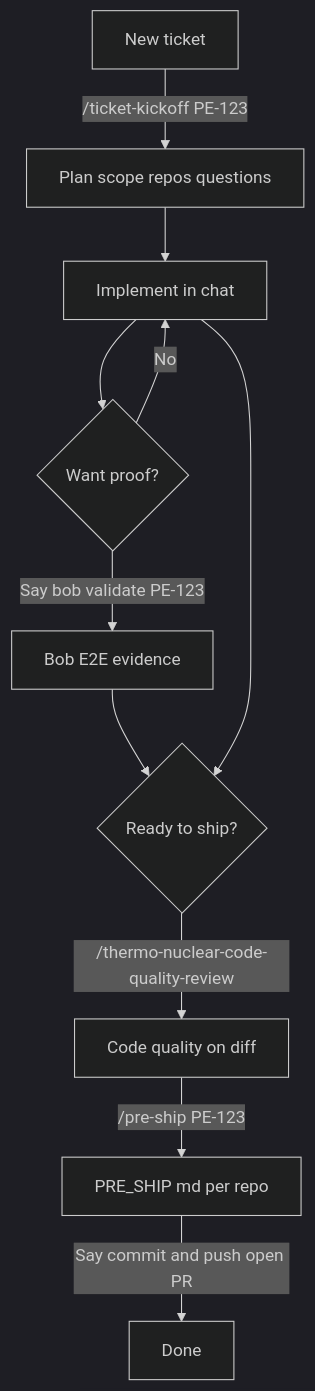
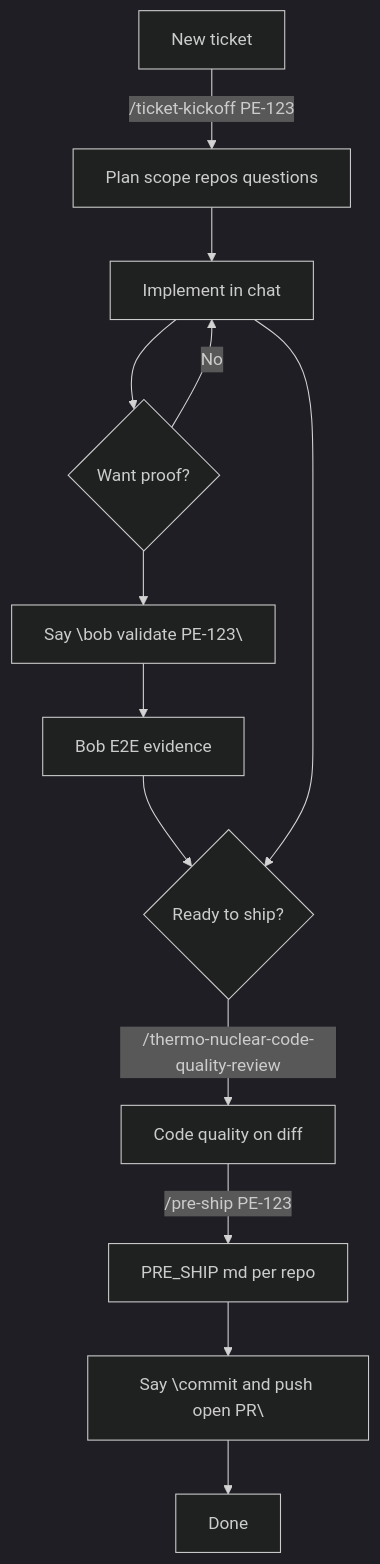
One commit to trusttAshutosh/cursor-markdowns changed the first of 2 diagrams in WORKFLOW.md. Above: the diagram before and after it, drawn with Mermaid (dark theme). The commit also changed other lines of this file and 1 other file, not shown here.

Commit message:
docs: show quoted Say phrases in WORKFLOW mermaid nodes

````diff
--- a/WORKFLOW.md
+++ b/WORKFLOW.md
@@ -7,13 +7,15 @@
 ```mermaid
 flowchart TD
   A[New ticket] -->|/ticket-kickoff PE-123| B[Plan scope repos questions]
   B --> C[Implement in chat]
   C --> D{Want proof?}
   D -->|No| C
-  D -->|Say bob validate PE-123| E[Bob E2E evidence]
+  D --> S1["Say \"bob validate PE-123\""]
+  S1 --> E[Bob E2E evidence]
   E --> F{Ready to ship?}
   C --> F
   F -->|/thermo-nuclear-code-quality-review| G[Code quality on diff]
   G -->|/pre-ship PE-123| H[PRE_SHIP md per repo]
-  H -->|Say commit and push open PR| I[Done]
+  H --> S2["Say \"commit and push open PR\""]
+  S2 --> I[Done]
 ```
````
